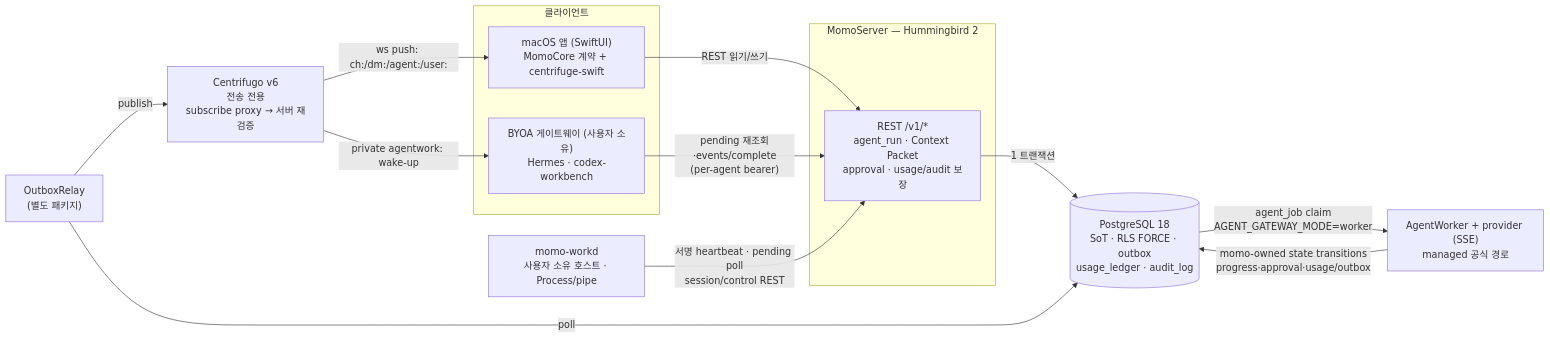
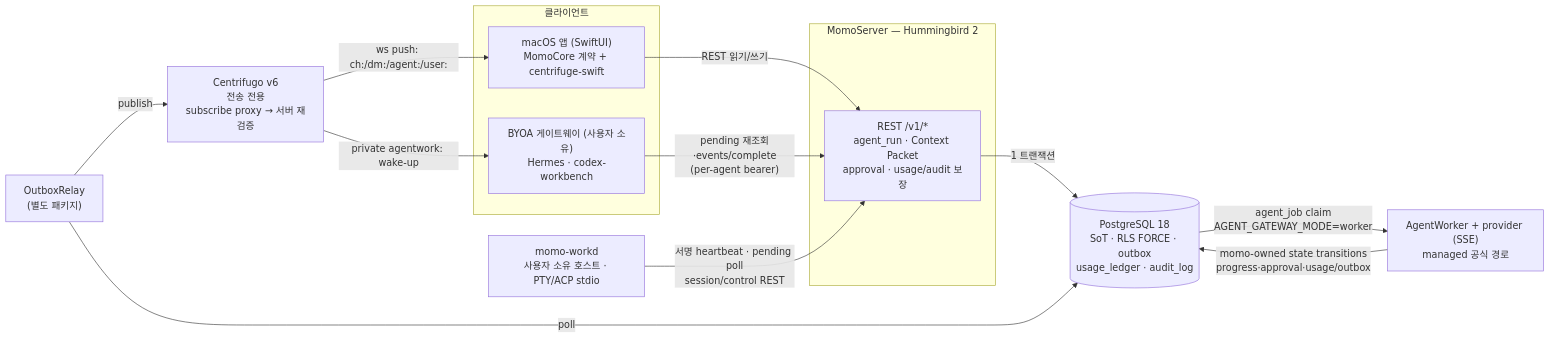
One commit to yeomyeonggeori/oort changed the first of 4 diagrams in docs/architecture/overview.md. Above: the diagram before and after it, drawn with Mermaid. The commit also changed other lines of this file and 19 other files, not shown here.

Commit message:
feat(work): ACP host v0와 PTY 세션 브리지 (#601)

````diff
--- a/docs/architecture/overview.md
+++ b/docs/architecture/overview.md
@@ -17,26 +17,26 @@
 ```mermaid
 flowchart LR
     subgraph clients [클라이언트]
         MAC["macOS 앱 (SwiftUI)<br/>MomoCore 계약 + centrifuge-swift"]
         HG["BYOA 게이트웨이 (사용자 소유)<br/>Hermes · codex-workbench"]
     end
     subgraph server [MomoServer — Hummingbird 2]
         API["REST /v1/*<br/>agent_run · Context Packet<br/>approval · usage/audit 보장"]
     end
     PG[("PostgreSQL 18<br/>SoT · RLS FORCE · outbox<br/>usage_ledger · audit_log")]
     RELAY["OutboxRelay<br/>(별도 패키지)"]
     CENT["Centrifugo v6<br/>전송 전용<br/>subscribe proxy → 서버 재검증"]
     AW["AgentWorker + provider (SSE)<br/>managed 공식 경로"]
-    WD["momo-workd<br/>사용자 소유 호스트 · Process/pipe"]
+    WD["momo-workd<br/>사용자 소유 호스트 · PTY/ACP stdio"]
 
     MAC -->|REST 읽기/쓰기| API
     HG -->|"pending 재조회·events/complete<br/>(per-agent bearer)"| API
     API -->|1 트랜잭션| PG
     RELAY -->|poll| PG
     RELAY -->|publish| CENT
     CENT -->|"ws push: ch:/dm:/agent:/user:"| MAC
     CENT -->|"private agentwork: wake-up"| HG
     PG -->|"agent_job claim<br/>AGENT_GATEWAY_MODE=worker"| AW
     AW -->|"momo-owned state transitions<br/>progress·approval·usage/outbox"| PG
     WD -->|"서명 heartbeat · pending poll<br/>session/control REST"| API
 ```
````
